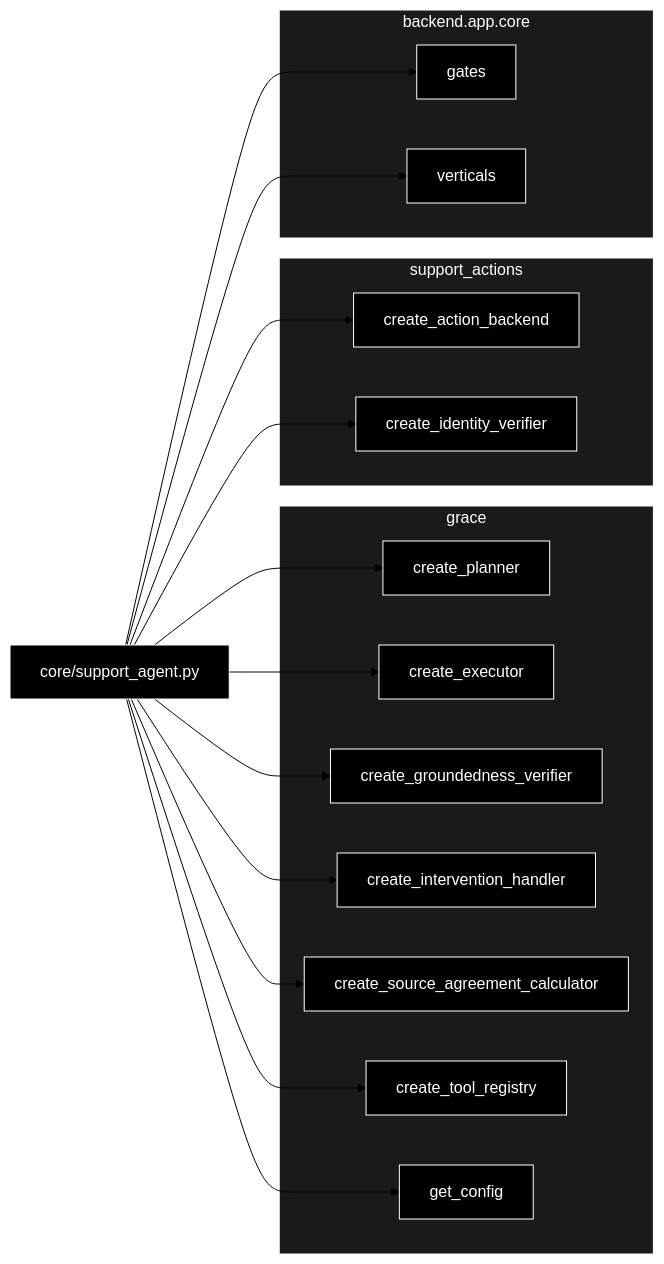
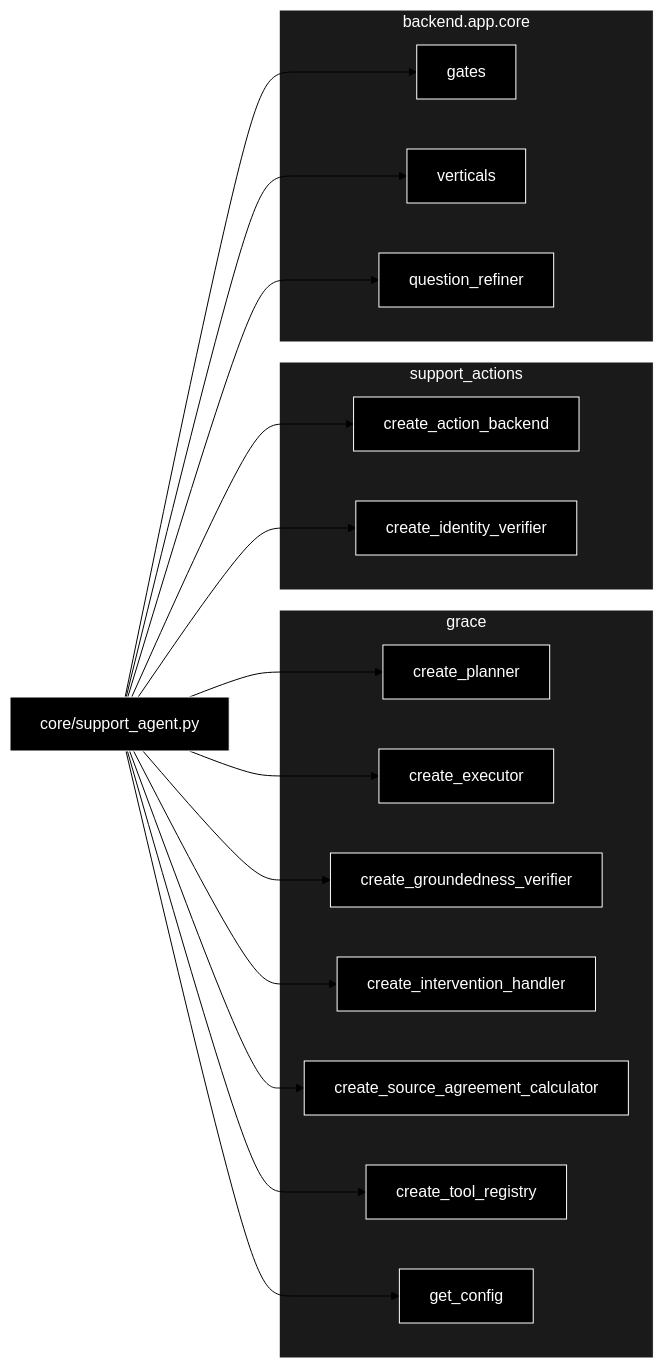
The third of 3 diagrams in backend/app/core/docs/support_agent.md (nakashima2toshio/grace_v2_local), drawn with Mermaid (forest theme) before and after one commit. The commit also changed other lines of this file and 24 other files, not shown here.

````diff
--- a/backend/app/core/docs/support_agent.md
+++ b/backend/app/core/docs/support_agent.md
@@ -692,42 +696,44 @@
 ```mermaid
 flowchart LR
     CORE["core/support_agent.py"]
 
     subgraph GRACEPKG["grace"]
         PLAN["create_planner"]
         EXEC["create_executor"]
         VERIF["create_groundedness_verifier"]
         HANDLER["create_intervention_handler"]
         AGREE["create_source_agreement_calculator"]
         REG["create_tool_registry"]
         CFG["get_config"]
     end
 
     subgraph ACTIONS["support_actions"]
         BE["create_action_backend"]
         IDV["create_identity_verifier"]
     end
 
     subgraph INTERNAL["backend.app.core"]
         GATES["gates"]
         VERT["verticals"]
+        QR["question_refiner"]
     end
 
     CORE --> PLAN
     CORE --> EXEC
     CORE --> VERIF
     CORE --> HANDLER
     CORE --> AGREE
     CORE --> REG
     CORE --> CFG
     CORE --> BE
     CORE --> IDV
     CORE --> GATES
     CORE --> VERT
+    CORE --> QR
 classDef default fill:#000,stroke:#fff,color:#fff
 classDef subgraphStyle fill:#1a1a1a,stroke:#fff,color:#fff
-class CORE,PLAN,EXEC,VERIF,HANDLER,AGREE,REG,CFG,BE,IDV,GATES,VERT default
+class CORE,PLAN,EXEC,VERIF,HANDLER,AGREE,REG,CFG,BE,IDV,GATES,VERT,QR default
 style GRACEPKG fill:#1a1a1a,stroke:#fff,color:#fff
 style ACTIONS fill:#1a1a1a,stroke:#fff,color:#fff
 style INTERNAL fill:#1a1a1a,stroke:#fff,color:#fff
 ```
````
